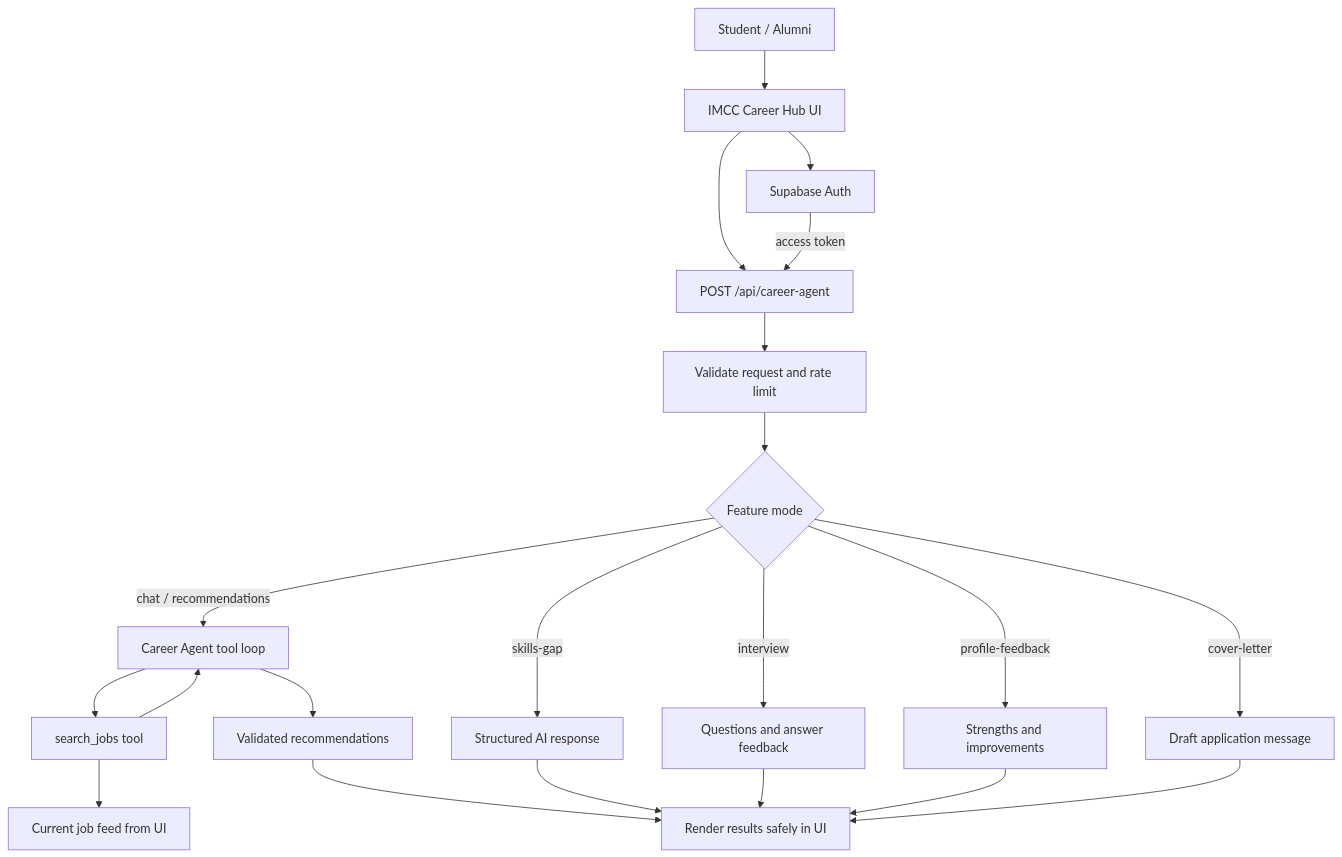
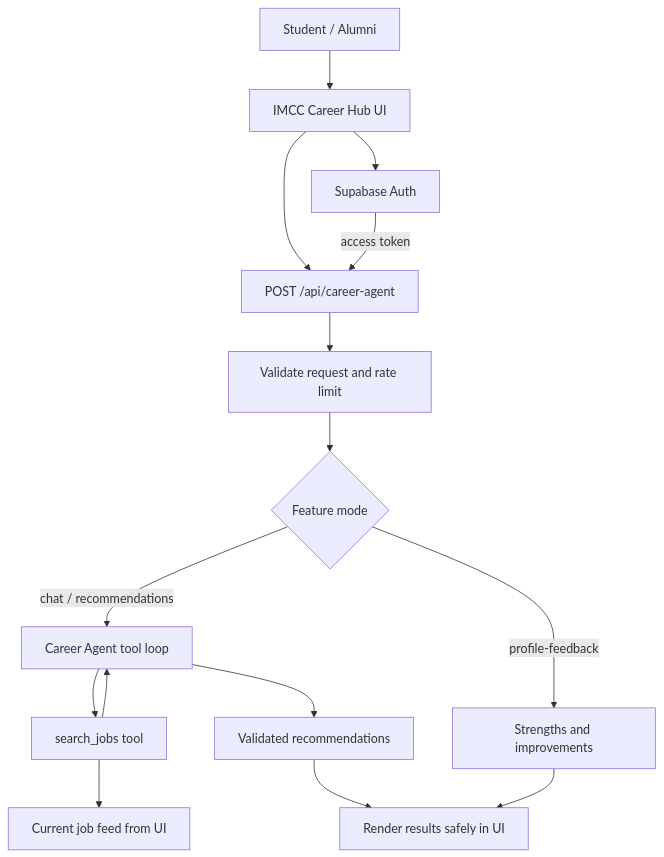
One commit to lucefamore/imcc-careerhub-main changed the diagram in AI-CAREER-AGENT-STRUCTURE.md. Above: the diagram before and after it, drawn with Mermaid. The commit also changed other lines of this file and 8 other files, not shown here.

````diff
--- a/AI-CAREER-AGENT-STRUCTURE.md
+++ b/AI-CAREER-AGENT-STRUCTURE.md
@@ -17,23 +17,17 @@
 ```mermaid
 flowchart TD
     A[Student / Alumni] --> B[IMCC Career Hub UI]
     B --> C[Supabase Auth]
     B --> D[POST /api/career-agent]
     C -->|access token| D
     D --> E[Validate request and rate limit]
     E --> F{Feature mode}
     F -->|chat / recommendations| G[Career Agent tool loop]
     G --> H[search_jobs tool]
     H --> I[Current job feed from UI]
     H --> G
     G --> J[Validated recommendations]
-    F -->|skills-gap| K[Structured AI response]
-    F -->|interview| L[Questions and answer feedback]
-    F -->|profile-feedback| M[Strengths and improvements]
-    F -->|cover-letter| N[Draft application message]
+    F -->|profile-feedback| K[Strengths and improvements]
     J --> O[Render results safely in UI]
     K --> O
-    L --> O
-    M --> O
-    N --> O
 ```
````
